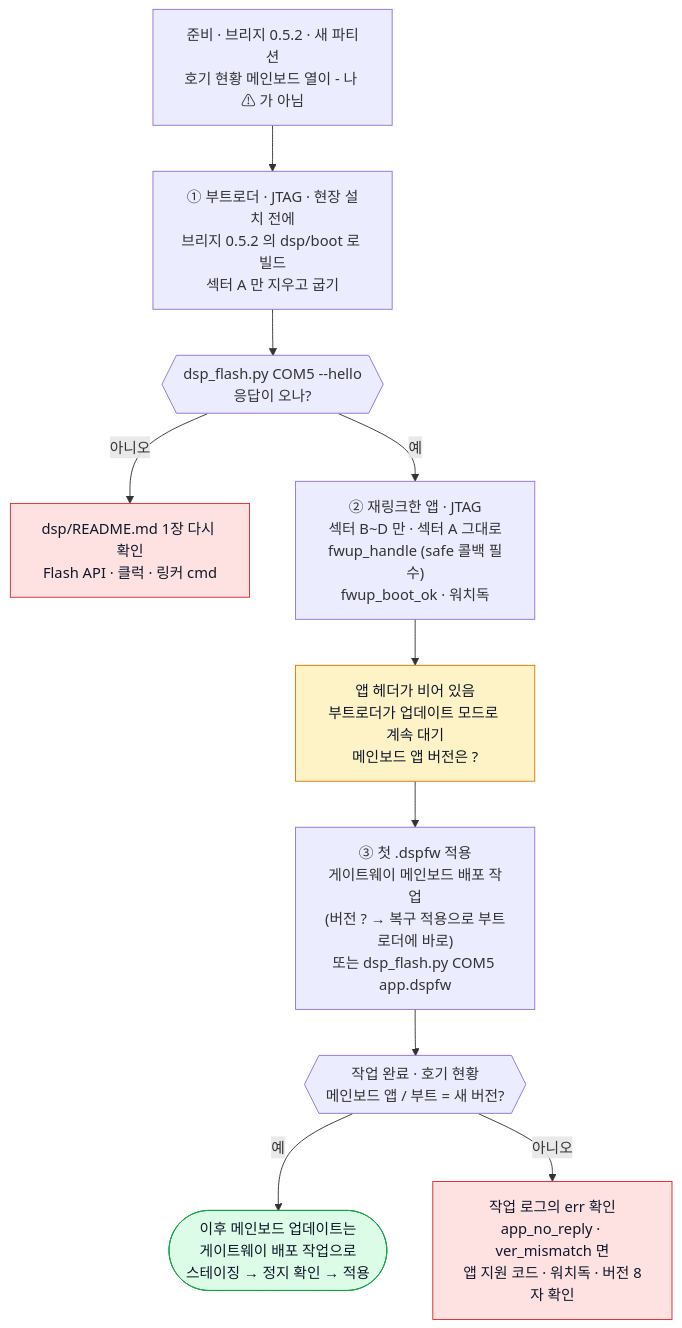
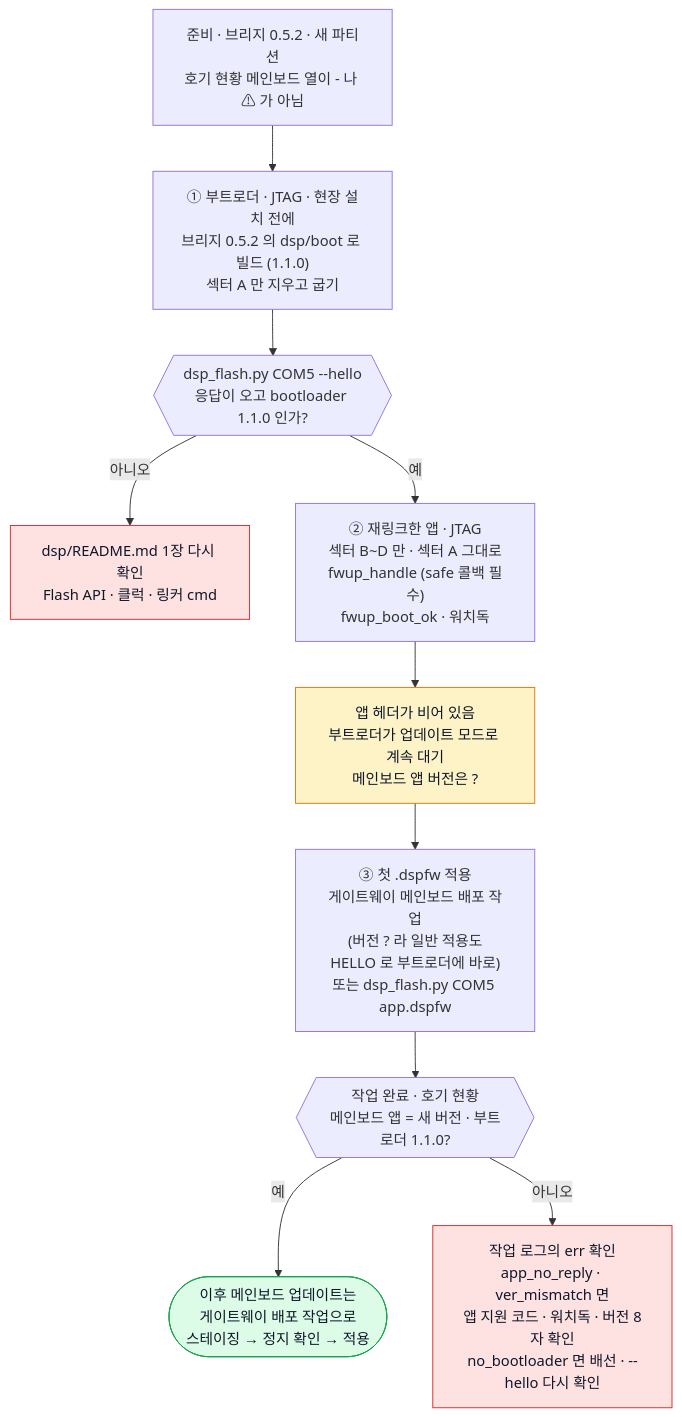
The diagram in docs/diagrams/mainboard-first-install.mmd (Leepy0/AGV_Wifi_Bridge), drawn with Mermaid before and after one commit. The commit also changed 9 other files, not shown here.

```diff
--- a/docs/diagrams/mainboard-first-install.mmd
+++ b/docs/diagrams/mainboard-first-install.mmd
@@ -1,16 +1,16 @@
 flowchart TD
   P0["준비 · 브리지 0.5.2 · 새 파티션<br/>호기 현황 메인보드 열이 - 나 ⚠ 가 아님"] --> P1
-  P1["① 부트로더 · JTAG · 현장 설치 전에<br/>브리지 0.5.2 의 dsp/boot 로 빌드<br/>섹터 A 만 지우고 굽기"] --> C1{{"dsp_flash.py COM5 --hello<br/>응답이 오나?"}}
+  P1["① 부트로더 · JTAG · 현장 설치 전에<br/>브리지 0.5.2 의 dsp/boot 로 빌드 (1.1.0)<br/>섹터 A 만 지우고 굽기"] --> C1{{"dsp_flash.py COM5 --hello<br/>응답이 오고 bootloader 1.1.0 인가?"}}
   C1 -- 아니오 --> X1["dsp/README.md 1장 다시 확인<br/>Flash API · 클럭 · 링커 cmd"]
   C1 -- 예 --> P2["② 재링크한 앱 · JTAG<br/>섹터 B~D 만 · 섹터 A 그대로<br/>fwup_handle (safe 콜백 필수)<br/>fwup_boot_ok · 워치독"]
   P2 --> S2["앱 헤더가 비어 있음<br/>부트로더가 업데이트 모드로 계속 대기<br/>메인보드 앱 버전은 ?"]
-  S2 --> P3["③ 첫 .dspfw 적용<br/>게이트웨이 메인보드 배포 작업<br/>(버전 ? → 복구 적용으로 부트로더에 바로)<br/>또는 dsp_flash.py COM5 app.dspfw"]
-  P3 --> C3{{"작업 완료 · 호기 현황<br/>메인보드 앱 / 부트 = 새 버전?"}}
+  S2 --> P3["③ 첫 .dspfw 적용<br/>게이트웨이 메인보드 배포 작업<br/>(버전 ? 라 일반 적용도<br/>HELLO 로 부트로더에 바로)<br/>또는 dsp_flash.py COM5 app.dspfw"]
+  P3 --> C3{{"작업 완료 · 호기 현황<br/>메인보드 앱 = 새 버전 · 부트로더 1.1.0?"}}
   C3 -- 예 --> OK(["이후 메인보드 업데이트는<br/>게이트웨이 배포 작업으로<br/>스테이징 → 정지 확인 → 적용"])
-  C3 -- 아니오 --> X3["작업 로그의 err 확인<br/>app_no_reply · ver_mismatch 면<br/>앱 지원 코드 · 워치독 · 버전 8자 확인"]
+  C3 -- 아니오 --> X3["작업 로그의 err 확인<br/>app_no_reply · ver_mismatch 면<br/>앱 지원 코드 · 워치독 · 버전 8자 확인<br/>no_bootloader 면 배선 · --hello 다시 확인"]
   classDef ok fill:#dcfce7,stroke:#16a34a,color:#0f172a
   classDef bad fill:#fee2e2,stroke:#dc2626,color:#0f172a
   classDef wait fill:#fef3c7,stroke:#d97706,color:#0f172a
   class OK ok
   class X1,X3 bad
   class S2 wait
```
